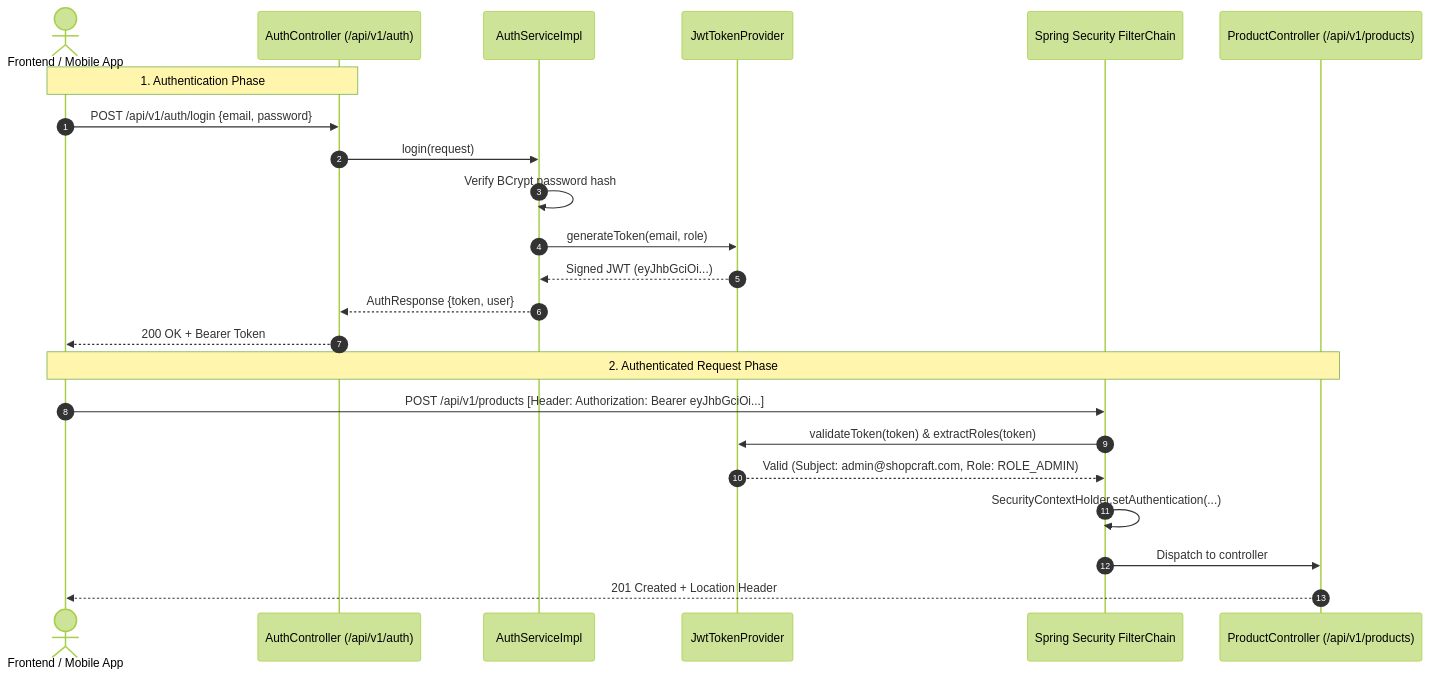
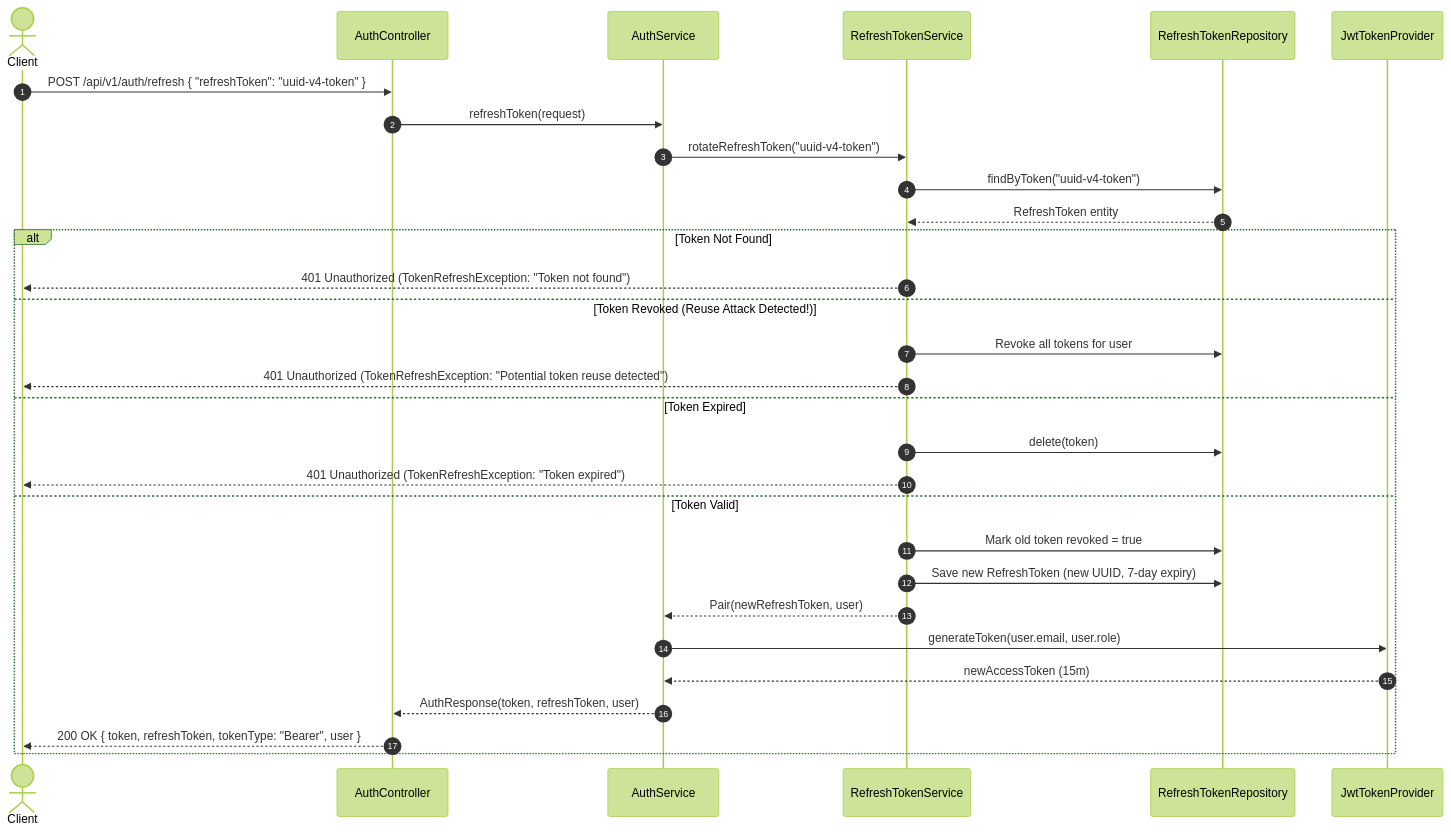
One commit to Helmy2/spring-boot-kotlin-course changed the first of 2 diagrams in LESSON.md. Above: the diagram before and after it, drawn with Mermaid (forest theme). The commit also changed other lines of this file and 18 other files, not shown here.

Commit message:
feat(day-06-part-2): refresh token mechanism & rotation reference solution

````diff
--- a/LESSON.md
+++ b/LESSON.md
@@ -27,27 +31,34 @@
 ```mermaid
 sequenceDiagram
     autonumber
-    actor Client as Frontend / Mobile App
-    participant Auth as AuthController (/api/v1/auth)
-    participant Svc as AuthServiceImpl
-    participant JWT as JwtTokenProvider
-    participant Sec as Spring Security FilterChain
-    participant API as ProductController (/api/v1/products)
+    actor Client
+    participant AuthController
+    participant AuthService
+    participant RefreshTokenService
+    participant RefreshTokenRepository
+    participant JwtTokenProvider
 
-    Note over Client,Auth: 1. Authentication Phase
-    Client->>Auth: POST /api/v1/auth/login {email, password}
-    Auth->>Svc: login(request)
-    Svc->>Svc: Verify BCrypt password hash
-    Svc->>JWT: generateToken(email, role)
-    JWT-->>Svc: Signed JWT (eyJhbGciOi...)
-    Svc-->>Auth: AuthResponse {token, user}
-    Auth-->>Client: 200 OK + Bearer Token
+    Client->>AuthController: POST /api/v1/auth/refresh { "refreshToken": "uuid-v4-token" }
+    AuthController->>AuthService: refreshToken(request)
+    AuthService->>RefreshTokenService: rotateRefreshToken("uuid-v4-token")
+    RefreshTokenService->>RefreshTokenRepository: findByToken("uuid-v4-token")
+    RefreshTokenRepository-->>RefreshTokenService: RefreshToken entity
 
-    Note over Client,API: 2. Authenticated Request Phase
-    Client->>Sec: POST /api/v1/products [Header: Authorization: Bearer eyJhbGciOi...]
-    Sec->>JWT: validateToken(token) & extractRoles(token)
-    JWT-->>Sec: Valid (Subject: admin@shopcraft.com, Role: ROLE_ADMIN)
-    Sec->>Sec: SecurityContextHolder.setAuthentication(...)
-    Sec->>API: Dispatch to controller
-    API-->>Client: 201 Created + Location Header
+    alt Token Not Found
+        RefreshTokenService-->>Client: 401 Unauthorized (TokenRefreshException: "Token not found")
+    else Token Revoked (Reuse Attack Detected!)
+        RefreshTokenService->>RefreshTokenRepository: Revoke all tokens for user
+        RefreshTokenService-->>Client: 401 Unauthorized (TokenRefreshException: "Potential token reuse detected")
+    else Token Expired
+        RefreshTokenService->>RefreshTokenRepository: delete(token)
+        RefreshTokenService-->>Client: 401 Unauthorized (TokenRefreshException: "Token expired")
+    else Token Valid
+        RefreshTokenService->>RefreshTokenRepository: Mark old token revoked = true
+        RefreshTokenService->>RefreshTokenRepository: Save new RefreshToken (new UUID, 7-day expiry)
+        RefreshTokenService-->>AuthService: Pair(newRefreshToken, user)
+        AuthService->>JwtTokenProvider: generateToken(user.email, user.role)
+        JwtTokenProvider-->>AuthService: newAccessToken (15m)
+        AuthService-->>AuthController: AuthResponse(token, refreshToken, user)
+        AuthController-->>Client: 200 OK { token, refreshToken, tokenType: "Bearer", user }
+    end
 ```
````
